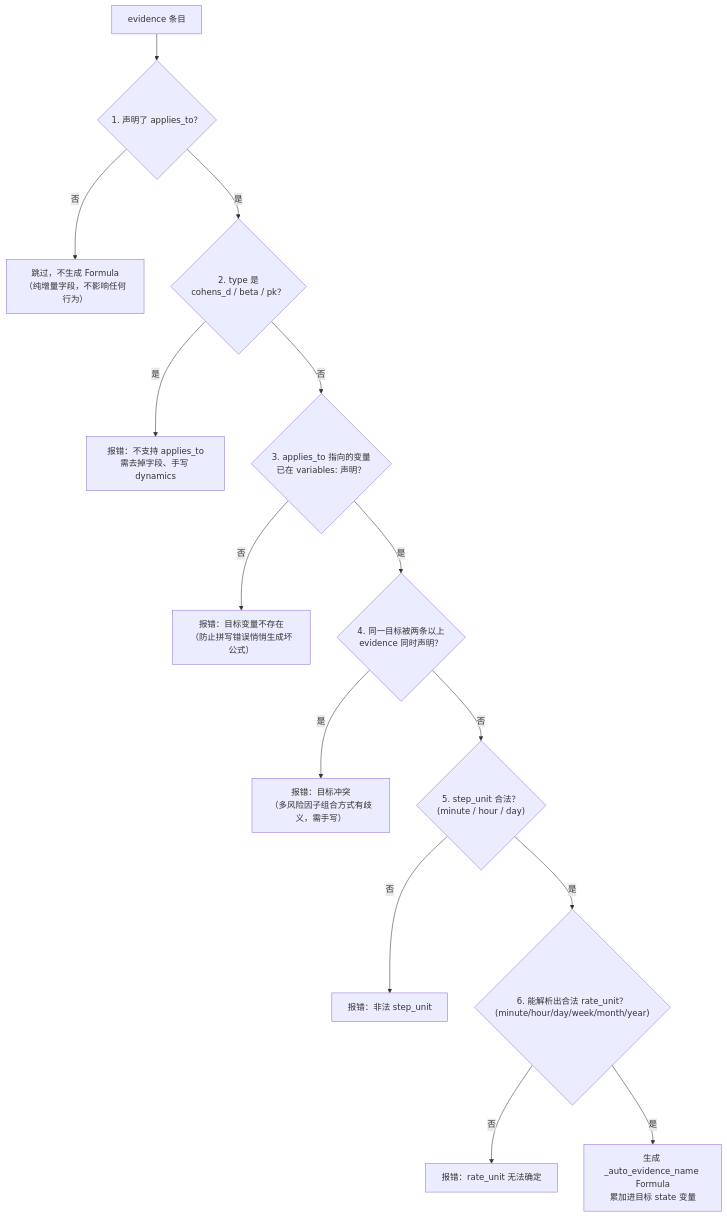
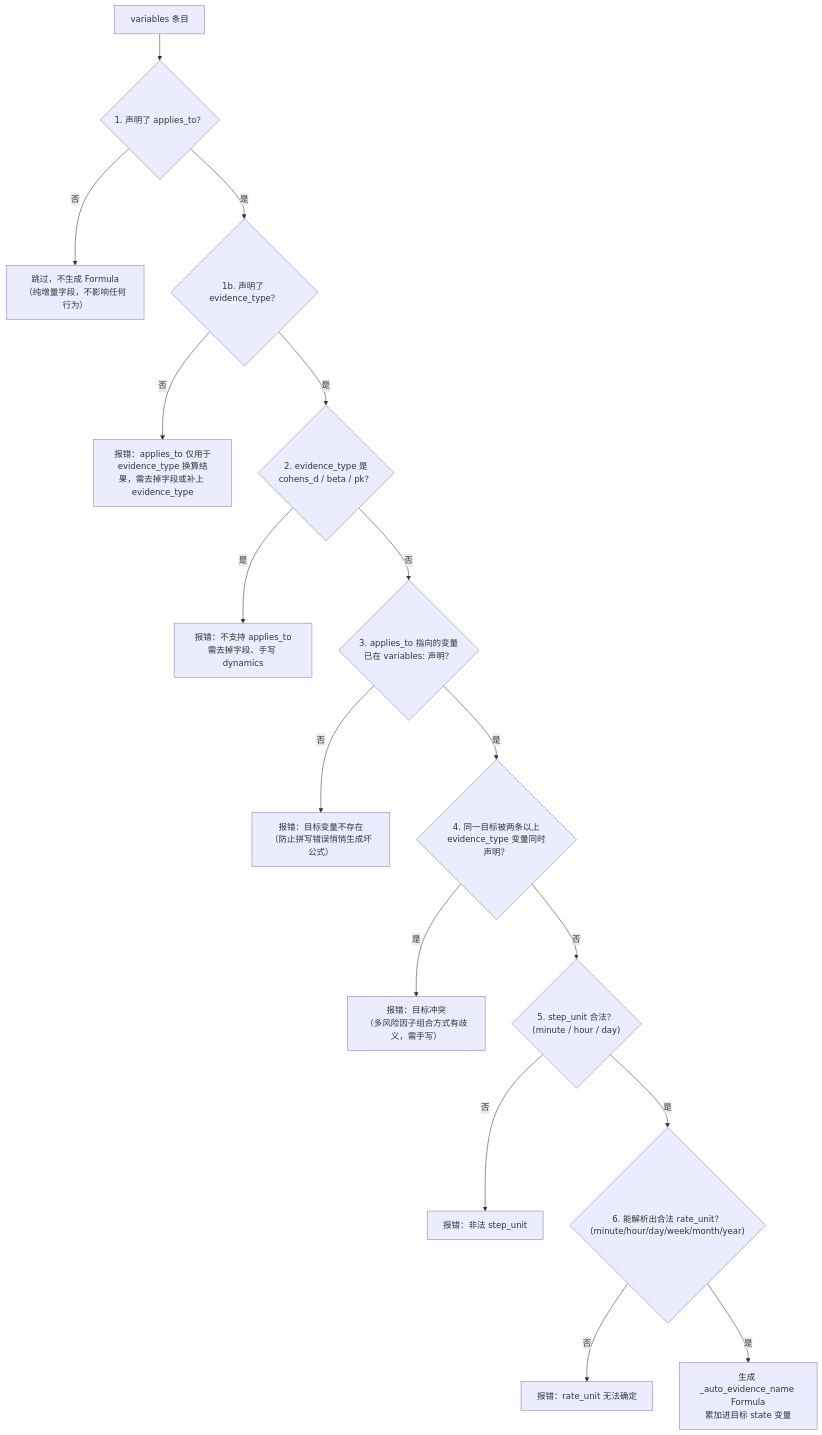
The diagram in docs/evidence/applies_to.md (shenfan19/life-matters-reference-engine), drawn with Mermaid before and after one commit. The commit also changed other lines of this file and 4 other files, not shown here.

````diff
--- a/docs/evidence/applies_to.md
+++ b/docs/evidence/applies_to.md
@@ -19,16 +19,18 @@
 ```mermaid
 flowchart TD
-    S0["evidence 条目"] --> C1{"1. 声明了 applies_to？"}
+    S0["variables 条目"] --> C1{"1. 声明了 applies_to？"}
     C1 -->|"否"| SKIP["跳过，不生成 Formula<br/>（纯增量字段，不影响任何行为）"]
-    C1 -->|"是"| C2{"2. type 是<br/>cohens_d / beta / pk？"}
+    C1 -->|"是"| C1b{"1b. 声明了 evidence_type？"}
+    C1b -->|"否"| ERR0["报错：applies_to 仅用于<br/>evidence_type 换算结果，需去掉字段或补上 evidence_type"]
+    C1b -->|"是"| C2{"2. evidence_type 是<br/>cohens_d / beta / pk？"}
     C2 -->|"是"| ERR1["报错：不支持 applies_to<br/>需去掉字段、手写 dynamics"]
     C2 -->|"否"| C3{"3. applies_to 指向的变量<br/>已在 variables: 声明？"}
     C3 -->|"否"| ERR2["报错：目标变量不存在<br/>（防止拼写错误悄悄生成坏公式）"]
-    C3 -->|"是"| C4{"4. 同一目标被两条以上<br/>evidence 同时声明？"}
+    C3 -->|"是"| C4{"4. 同一目标被两条以上<br/>evidence_type 变量同时声明？"}
     C4 -->|"是"| ERR3["报错：目标冲突<br/>（多风险因子组合方式有歧义，需手写）"]
     C4 -->|"否"| C5{"5. step_unit 合法？<br/>(minute / hour / day)"}
     C5 -->|"否"| ERR4["报错：非法 step_unit"]
     C5 -->|"是"| C6{"6. 能解析出合法 rate_unit？<br/>(minute/hour/day/week/month/year)"}
     C6 -->|"否"| ERR5["报错：rate_unit 无法确定"]
     C6 -->|"是"| OK["生成 _auto_evidence_name Formula<br/>累加进目标 state 变量"]
 ```
````
